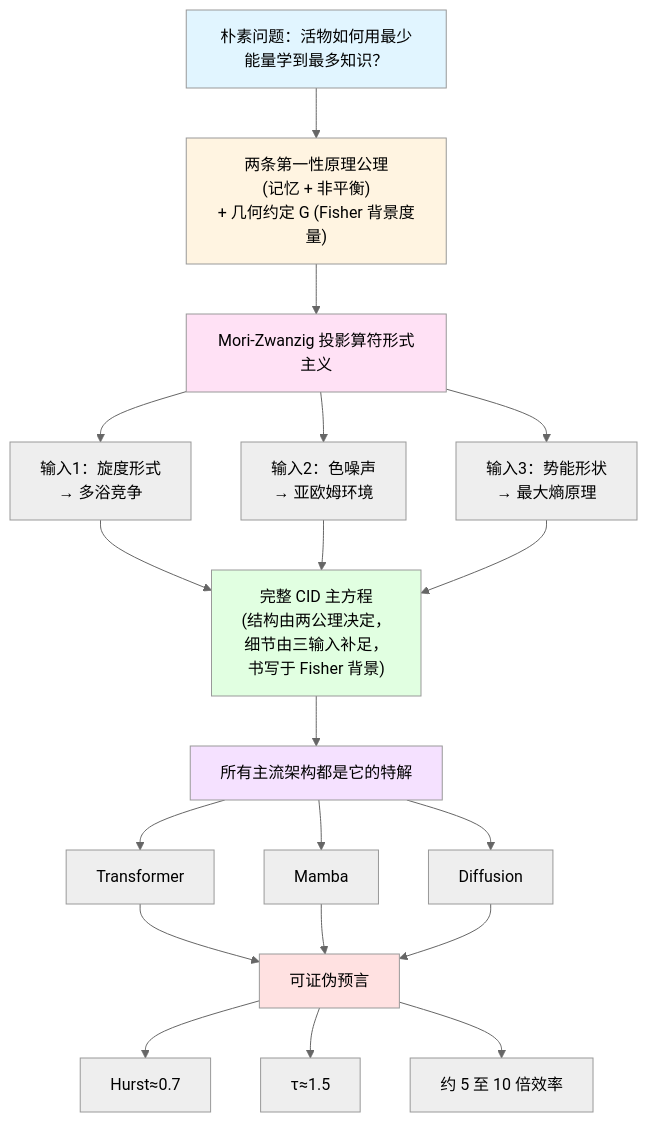
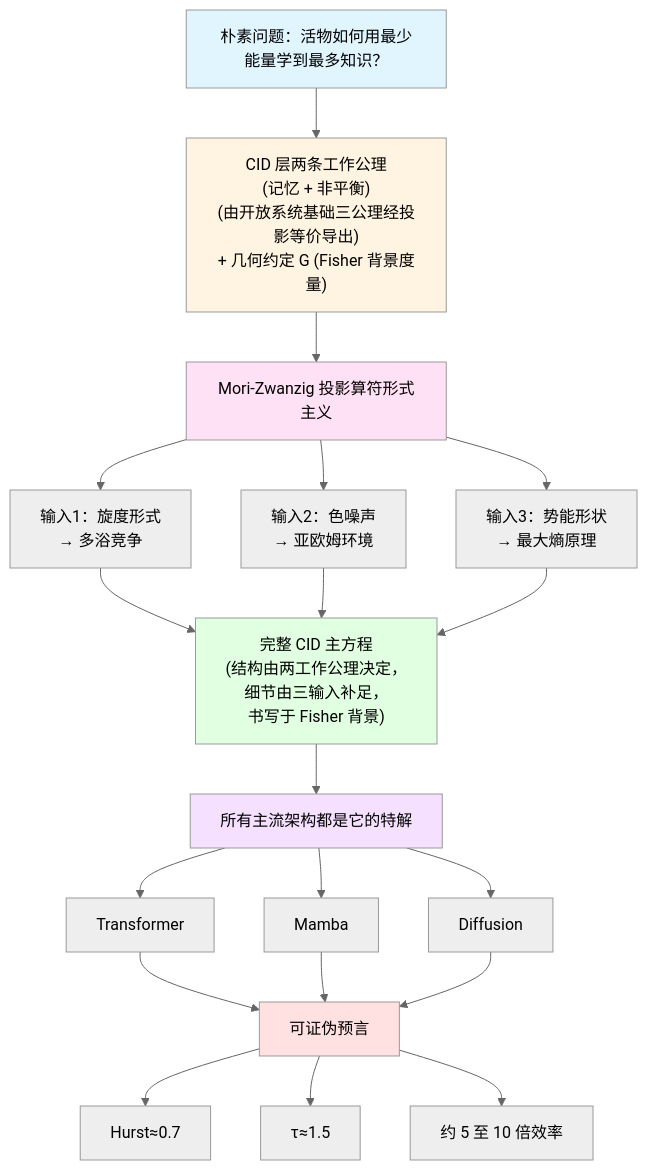
The diagram in tmp.md (gwailee/uid), drawn with Mermaid (neutral theme) before and after one commit. The commit also changed other lines of this file, not shown here.

````diff
--- a/tmp.md
+++ b/tmp.md
@@ -207,44 +227,44 @@
 ```mermaid
 graph TD
     A["朴素问题：活物如何用最少能量学到最多知识？"]
-    B["两条第一性原理公理<br/>(记忆 + 非平衡)<br/>+ 几何约定 G (Fisher 背景度量)"]
+    B["CID 层两条工作公理<br/>(记忆 + 非平衡)<br/>(由开放系统基础三公理经投影等价导出)<br/>+ 几何约定 G (Fisher 背景度量)"]
     C["Mori-Zwanzig 投影算符形式主义"]
     D1["输入1：旋度形式<br/>→ 多浴竞争"]
     D2["输入2：色噪声<br/>→ 亚欧姆环境"]
     D3["输入3：势能形状<br/>→ 最大熵原理"]
-    E["完整 CID 主方程<br/>(结构由两公理决定，<br/>细节由三输入补足，<br/>书写于 Fisher 背景)"]
+    E["完整 CID 主方程<br/>(结构由两工作公理决定，<br/>细节由三输入补足，<br/>书写于 Fisher 背景)"]
     F["所有主流架构都是它的特解"]
     G1["Transformer"]
     G2["Mamba"]
     G3["Diffusion"]
     H["可证伪预言"]
     I1["Hurst≈0.7"]
     I2["τ≈1.5"]
     I3["约 5 至 10 倍效率"]
 
     A --> B
     B --> C
     C --> D1
     C --> D2
     C --> D3
     D1 --> E
     D2 --> E
     D3 --> E
     E --> F
     F --> G1
     F --> G2
     F --> G3
     G1 --> H
     G2 --> H
     G3 --> H
     H --> I1
     H --> I2
     H --> I3
 
     style A fill:#e1f5ff
     style B fill:#fff4e1
     style C fill:#ffe1f5
     style E fill:#e1ffe1
     style F fill:#f5e1ff
     style H fill:#ffe1e1
 ```
````
